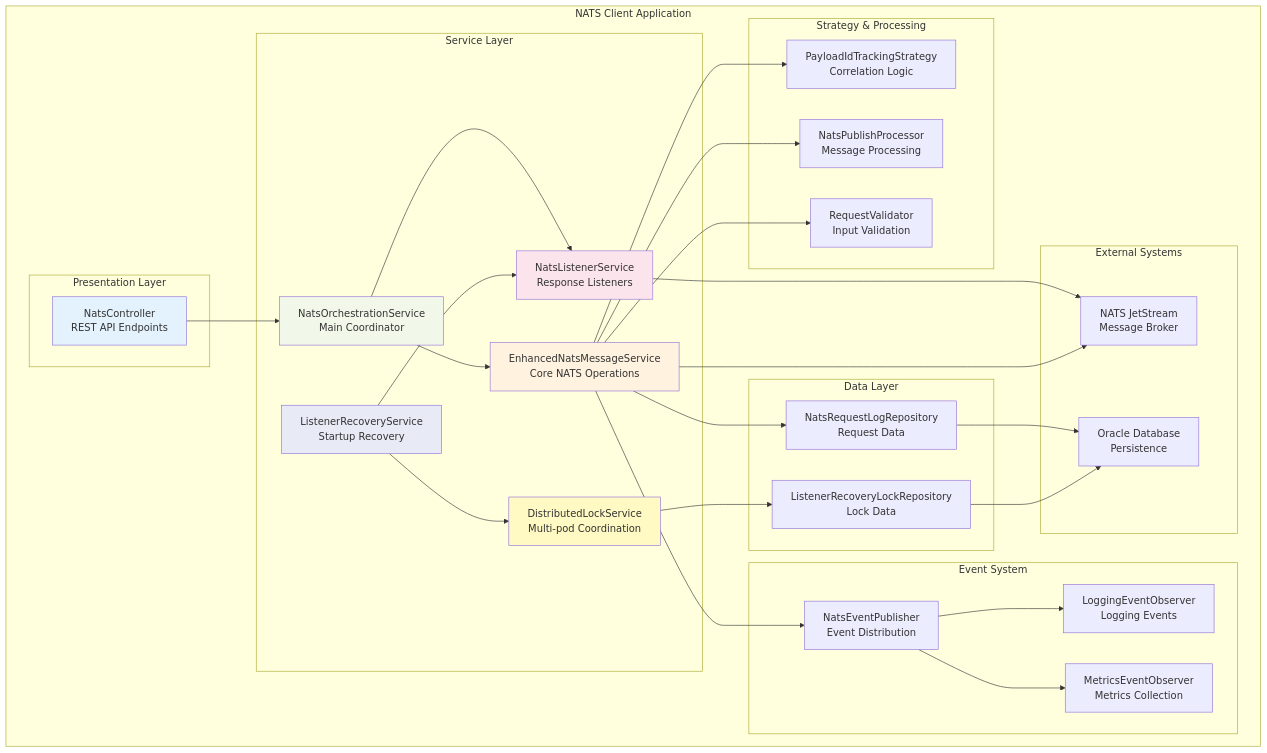
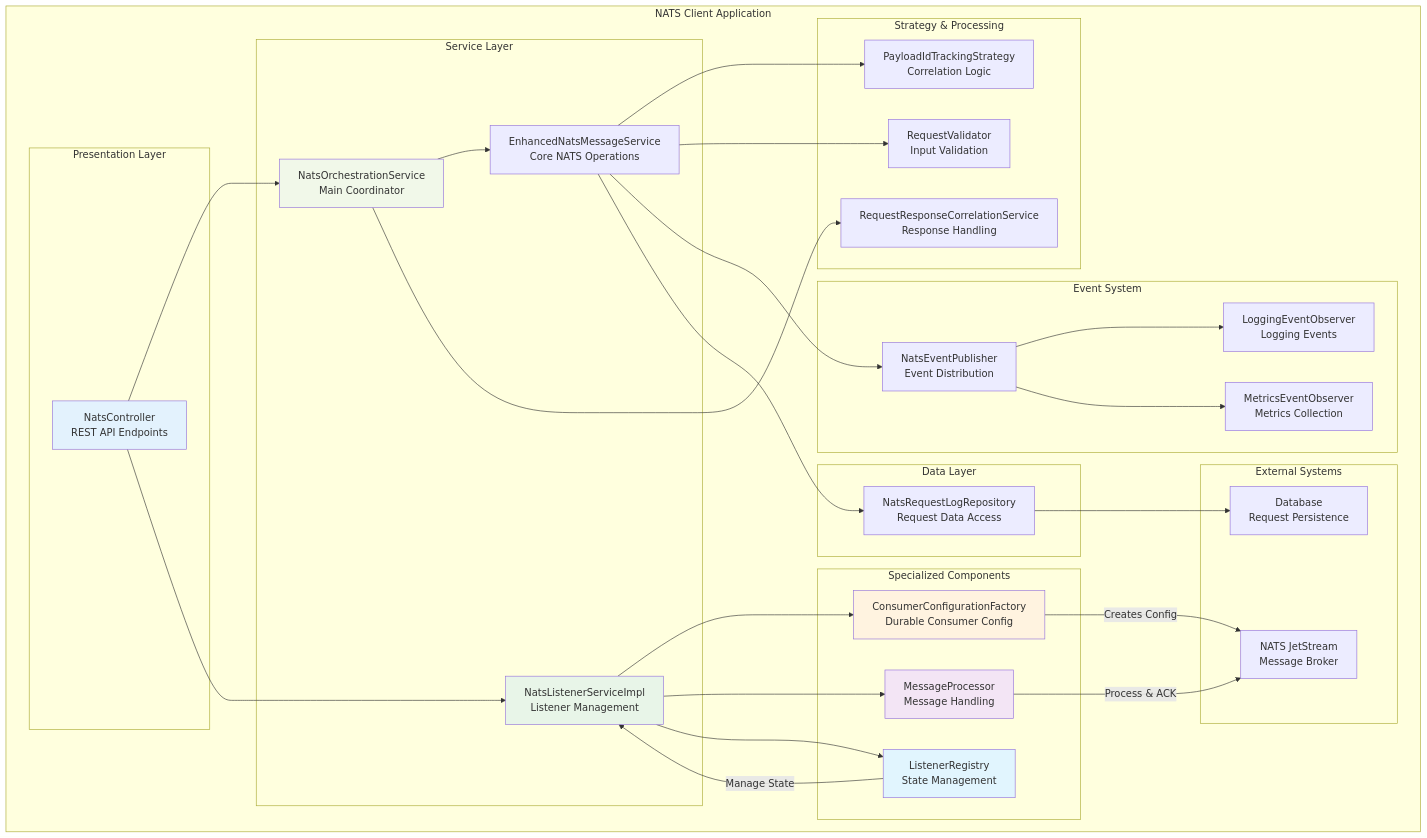
The first of 3 diagrams in docs/ARCHITECTURE_DIAGRAMS.md (fantong11/nats-client), drawn with Mermaid before and after one commit. The commit also changed other lines of this file and 3 other files, not shown here.

First line of the commit message:
docs: Update architecture documentation for durable consumer refactoring

````diff
--- a/docs/ARCHITECTURE_DIAGRAMS.md
+++ b/docs/ARCHITECTURE_DIAGRAMS.md
@@ -67,67 +9,72 @@
 ```mermaid
 graph TB
     subgraph "NATS Client Application"
         subgraph "Presentation Layer"
             CTRL[NatsController<br/>REST API Endpoints]
         end
         
         subgraph "Service Layer"
             ORCH[NatsOrchestrationService<br/>Main Coordinator]
+            LISTENER_IMPL[NatsListenerServiceImpl<br/>Listener Management]
             ENHANCED[EnhancedNatsMessageService<br/>Core NATS Operations]
-            LISTENER[NatsListenerService<br/>Response Listeners]
-            RECOVERY[ListenerRecoveryService<br/>Startup Recovery]
-            LOCK[DistributedLockService<br/>Multi-pod Coordination]
+        end
+        
+        subgraph "Specialized Components"
+            CONFIG_FACTORY[ConsumerConfigurationFactory<br/>Durable Consumer Config]
+            MESSAGE_PROC[MessageProcessor<br/>Message Handling]
+            REGISTRY[ListenerRegistry<br/>State Management]
         end
         
         subgraph "Strategy & Processing"
             STRATEGY[PayloadIdTrackingStrategy<br/>Correlation Logic]
-            PROCESSOR[NatsPublishProcessor<br/>Message Processing]
             VALIDATOR[RequestValidator<br/>Input Validation]
+            CORRELATION[RequestResponseCorrelationService<br/>Response Handling]
         end
         
         subgraph "Event System"
             PUBLISHER[NatsEventPublisher<br/>Event Distribution]
             LOG_OBS[LoggingEventObserver<br/>Logging Events]
             METRICS_OBS[MetricsEventObserver<br/>Metrics Collection]
         end
         
         subgraph "Data Layer"
-            REPO_LOG[NatsRequestLogRepository<br/>Request Data]
-            REPO_LOCK[ListenerRecoveryLockRepository<br/>Lock Data]
+            REPO_LOG[NatsRequestLogRepository<br/>Request Data Access]
         end
         
         subgraph "External Systems"
             NATS_EXT[NATS JetStream<br/>Message Broker]
-            DB_EXT[Oracle Database<br/>Persistence]
+            DB_EXT[Database<br/>Request Persistence]
         end
     end
 
     CTRL --> ORCH
+    CTRL --> LISTENER_IMPL
+    
     ORCH --> ENHANCED
-    ORCH --> LISTENER
+    ORCH --> CORRELATION
+    
+    LISTENER_IMPL --> CONFIG_FACTORY
+    LISTENER_IMPL --> MESSAGE_PROC
+    LISTENER_IMPL --> REGISTRY
+    
+    CONFIG_FACTORY -->|Creates Config| NATS_EXT
+    MESSAGE_PROC -->|Process & ACK| NATS_EXT
+    REGISTRY -->|Manage State| LISTENER_IMPL
+    
     ENHANCED --> STRATEGY
-    ENHANCED --> PROCESSOR
     ENHANCED --> VALIDATOR
+    ENHANCED --> PUBLISHER
     
-    RECOVERY --> LOCK
-    RECOVERY --> LISTENER
-    LOCK --> REPO_LOCK
-    
-    ENHANCED --> PUBLISHER
     PUBLISHER --> LOG_OBS
     PUBLISHER --> METRICS_OBS
     
     ENHANCED --> REPO_LOG
-    LISTENER --> NATS_EXT
-    ENHANCED --> NATS_EXT
-    
     REPO_LOG --> DB_EXT
-    REPO_LOCK --> DB_EXT
 
     style CTRL fill:#e3f2fd
+    style LISTENER_IMPL fill:#e8f5e8
+    style CONFIG_FACTORY fill:#fff3e0
+    style MESSAGE_PROC fill:#f3e5f5
+    style REGISTRY fill:#e1f5fe
     style ORCH fill:#f1f8e9
-    style ENHANCED fill:#fff3e0
-    style LISTENER fill:#fce4ec
-    style RECOVERY fill:#e8eaf6
-    style LOCK fill:#fff9c4
 ```
````
